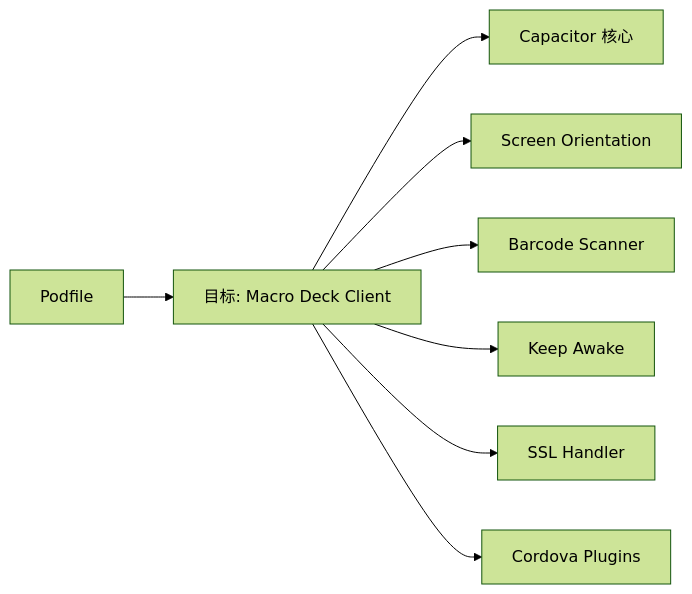
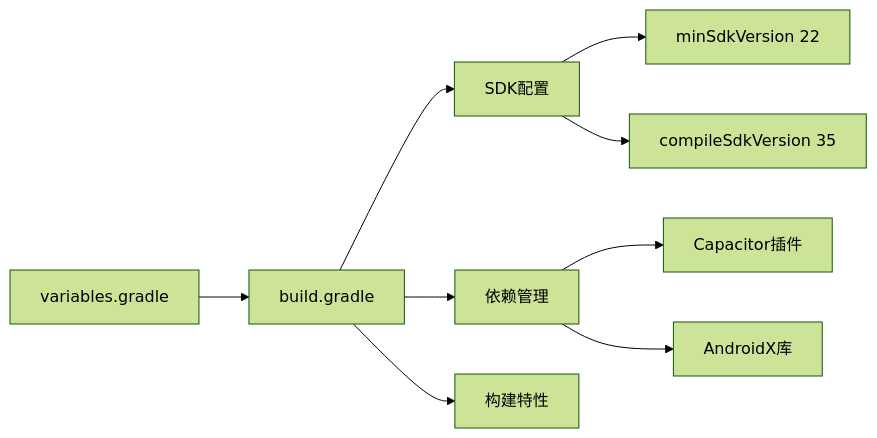
The fifth of 7 diagrams in .qoder/repowiki/zh/content/原生平台集成/iOS平台集成.md (dingxyang/Macro-Deck-Client-App), drawn with Mermaid (forest theme) before and after one commit. The commit also changed other lines of this file and 47 other files, not shown here.

First line of the commit message:
refactor(docs): 重构 Macro Deck 客户端文档模块结构

````diff
--- a/.qoder/repowiki/zh/content/原生平台集成/iOS平台集成.md
+++ b/.qoder/repowiki/zh/content/原生平台集成/iOS平台集成.md
@@ -230,10 +243,11 @@
 ```mermaid
 graph LR
-P["Podfile"] --> T["目标: Macro Deck Client"]
-T --> C["Capacitor 核心"]
-T --> S["Screen Orientation"]
-T --> B["Barcode Scanner"]
-T --> K["Keep Awake"]
-T --> SSL["SSL Handler"]
-T --> CDV["Cordova Plugins"]
+A["variables.gradle"] --> B["build.gradle"]
+B --> C["SDK配置"]
+B --> D["依赖管理"]
+B --> E["构建特性"]
+C --> F["minSdkVersion 22"]
+C --> G["compileSdkVersion 35"]
+D --> H["Capacitor插件"]
+D --> I["AndroidX库"]
 ```
````
